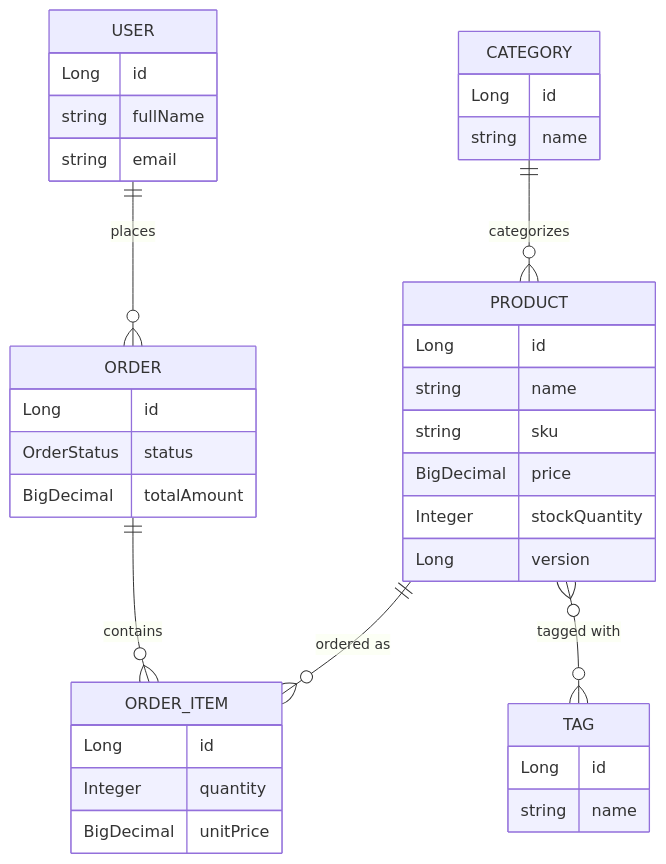
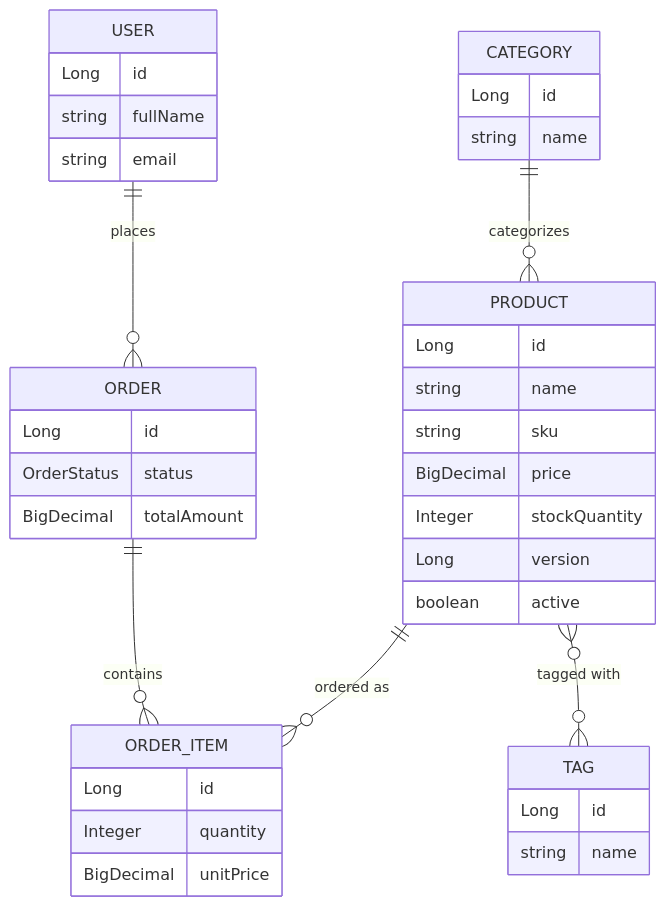
Before and after one commit to AhdyAhmed/ecommerce-inventory-system: the second of 2 diagrams in README.md, drawn with Mermaid. The commit also changed other lines of this file, not shown here.

Commit message:
docs: write comprehensive README with architecture overview

````diff
--- a/README.md
+++ b/README.md
@@ -92,40 +177,41 @@
 ```mermaid
 erDiagram
     USER ||--o{ ORDER : places
     ORDER ||--o{ ORDER_ITEM : contains
     PRODUCT ||--o{ ORDER_ITEM : "ordered as"
     CATEGORY ||--o{ PRODUCT : categorizes
     PRODUCT }o--o{ TAG : "tagged with"
 
     USER {
         Long id
         string fullName
         string email
     }
     ORDER {
         Long id
         OrderStatus status
         BigDecimal totalAmount
     }
     ORDER_ITEM {
         Long id
         Integer quantity
         BigDecimal unitPrice
     }
     PRODUCT {
         Long id
         string name
         string sku
         BigDecimal price
         Integer stockQuantity
         Long version
+        boolean active
     }
     CATEGORY {
         Long id
         string name
     }
     TAG {
         Long id
         string name
     }
 ```
````
